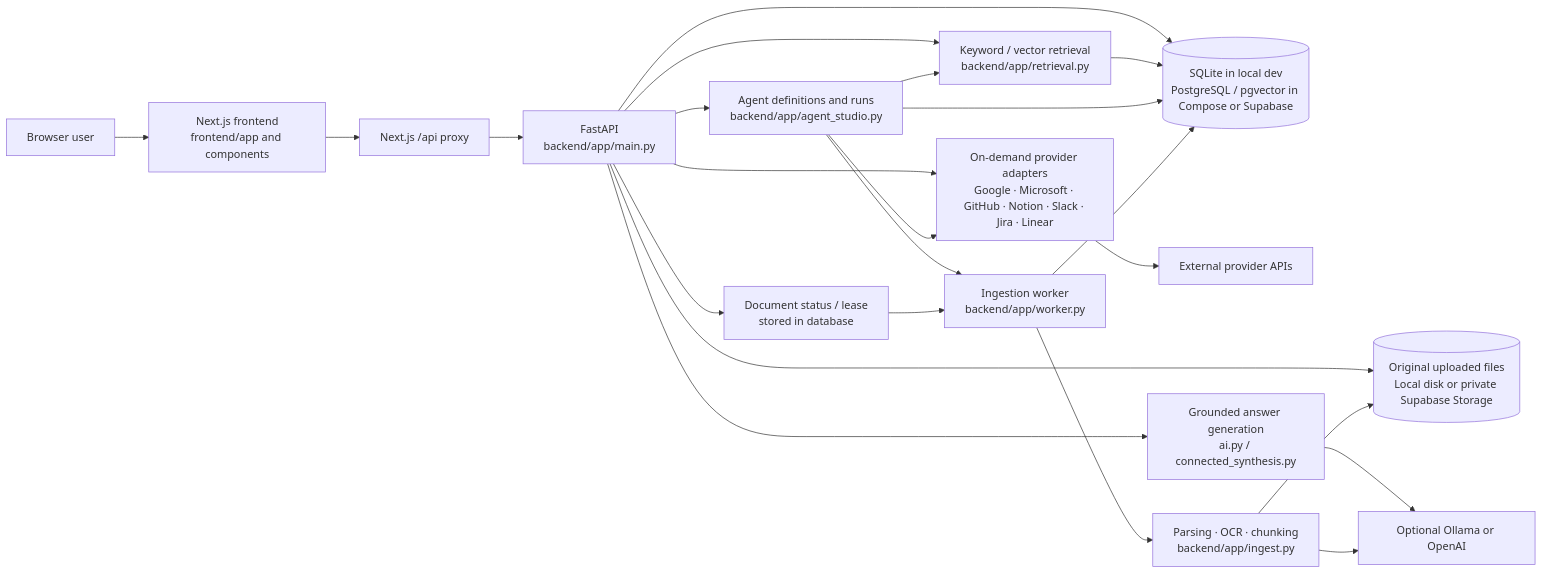
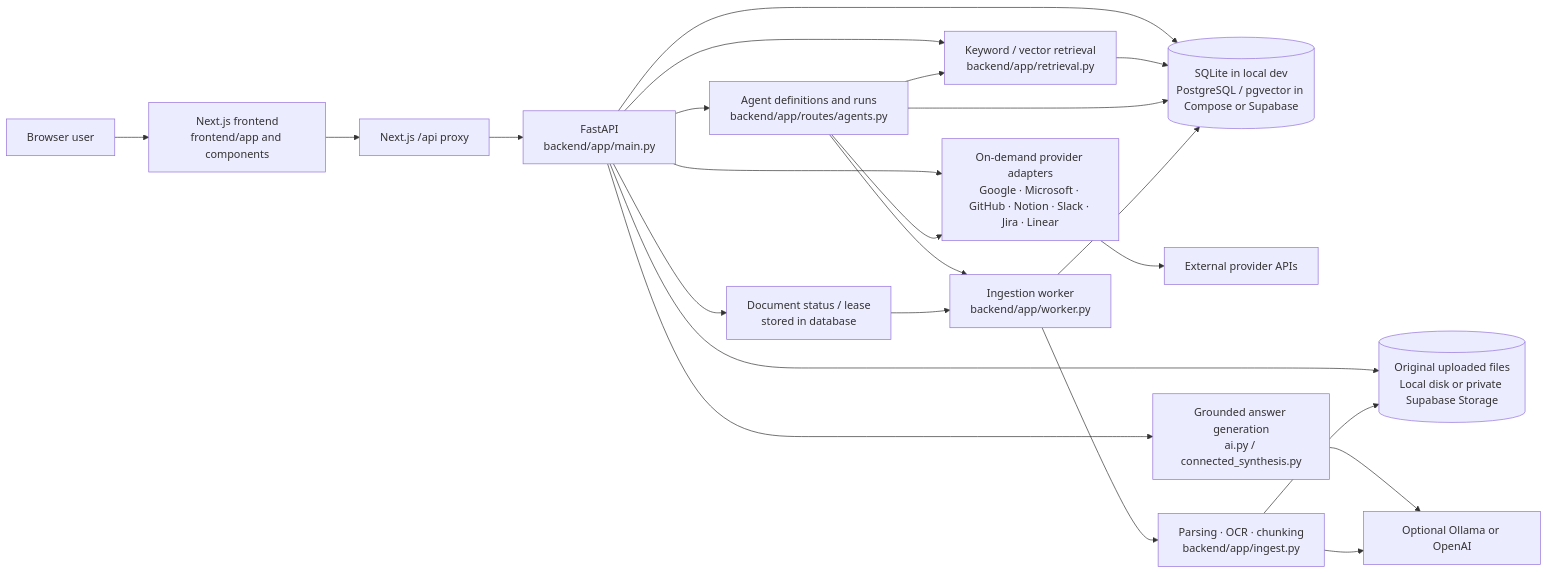
The first of 5 diagrams in README.md (srbmaury/Atlas), drawn with Mermaid before and after one commit. The commit also changed other lines of this file and 42 other files, not shown here.

````diff
--- a/README.md
+++ b/README.md
@@ -17,25 +17,25 @@
 ```mermaid
 flowchart LR
   User["Browser user"] --> UI["Next.js frontend<br/>frontend/app and components"]
   UI --> Proxy["Next.js /api proxy"]
   Proxy --> API["FastAPI<br/>backend/app/main.py"]
   API --> DB[("SQLite in local dev<br/>PostgreSQL / pgvector in Compose or Supabase")]
   API --> Files[("Original uploaded files<br/>Local disk or private Supabase Storage")]
   API --> Conn["On-demand provider adapters<br/>Google · Microsoft · GitHub · Notion · Slack · Jira · Linear"]
   Conn --> Providers["External provider APIs"]
   API --> Retrieval["Keyword / vector retrieval<br/>backend/app/retrieval.py"]
   Retrieval --> DB
   API --> Synthesis["Grounded answer generation<br/>ai.py / connected_synthesis.py"]
   Synthesis --> Model["Optional Ollama or OpenAI"]
-  API --> Agents["Agent definitions and runs<br/>backend/app/agent_studio.py"]
+  API --> Agents["Agent definitions and runs<br/>backend/app/routes/agents.py"]
   Agents --> DB
   Agents --> Conn
   Agents --> Retrieval
   Agents --> Worker
   API --> Queue["Document status / lease<br/>stored in database"]
   Queue --> Worker["Ingestion worker<br/>backend/app/worker.py"]
   Worker --> Parser["Parsing · OCR · chunking<br/>backend/app/ingest.py"]
   Parser --> Files
   Parser --> Model
   Worker --> DB
 ```
````
